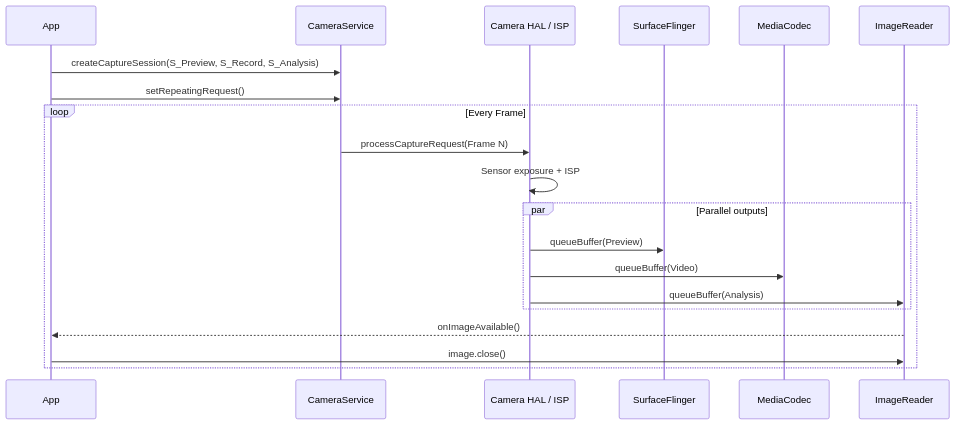
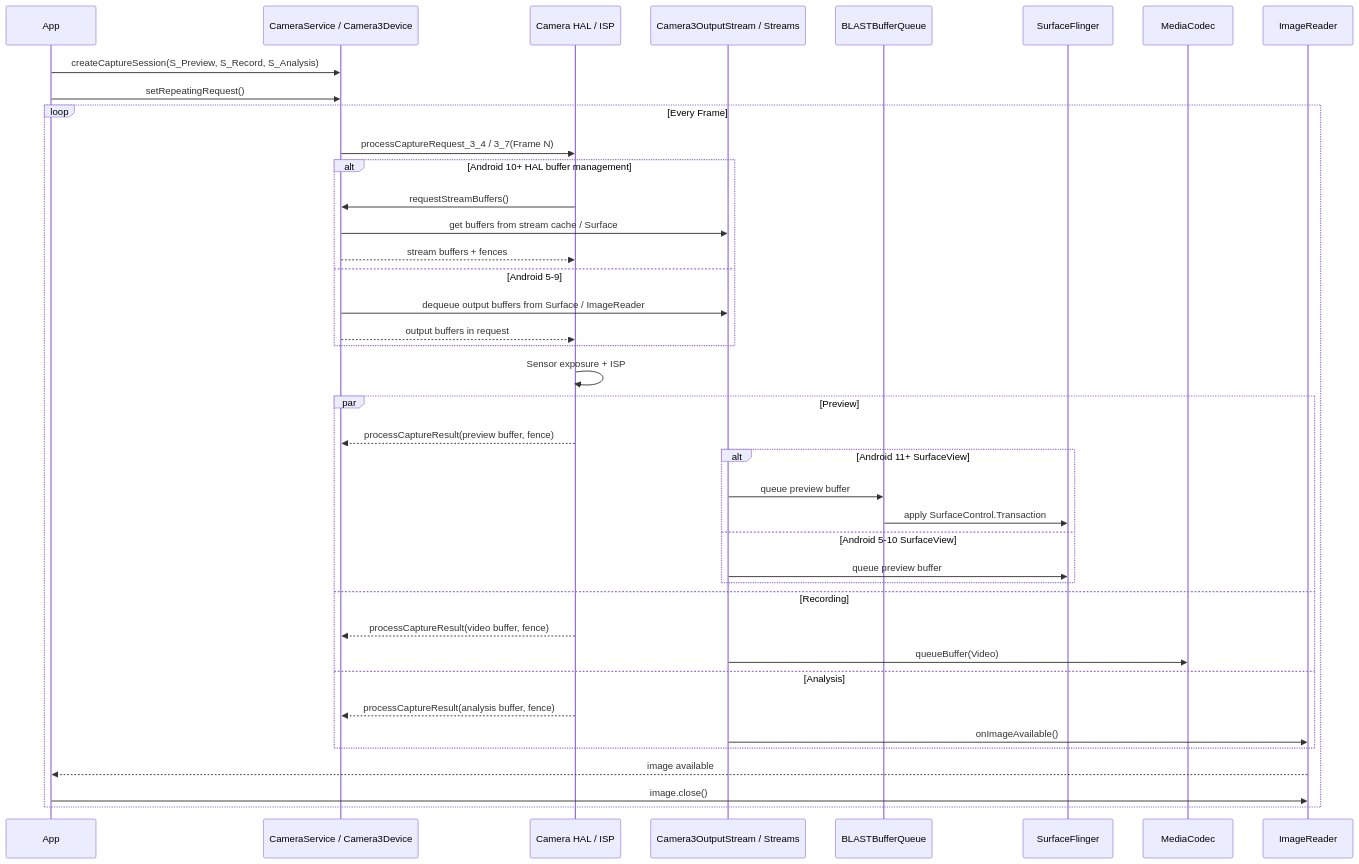
The second of 2 diagrams in src/part2-performance/ch18-rendering-pipelines/14-camera-pipeline.md (Gracker/android-internals-wiki), drawn with Mermaid before and after one commit. The commit also changed other lines of this file and 2 other files, not shown here.

Commit message:
[openclaw] rework: 18.14 Camera 渲染管线 — review 回炉修复

````diff
--- a/src/part2-performance/ch18-rendering-pipelines/14-camera-pipeline.md
+++ b/src/part2-performance/ch18-rendering-pipelines/14-camera-pipeline.md
@@ -90,26 +95,48 @@
 ```mermaid
 sequenceDiagram
     participant App as App
-    participant CS as CameraService
+    participant CS as CameraService / Camera3Device
     participant HAL as Camera HAL / ISP
+    participant FW as Camera3OutputStream / Streams
+    participant BBQ as BLASTBufferQueue
     participant SF as SurfaceFlinger
     participant MC as MediaCodec
     participant AI as ImageReader
 
     App->>CS: createCaptureSession(S_Preview, S_Record, S_Analysis)
     App->>CS: setRepeatingRequest()
 
     loop Every Frame
-        CS->>HAL: processCaptureRequest(Frame N)
+        CS->>HAL: processCaptureRequest_3_4 / 3_7(Frame N)
+
+        alt Android 10+ HAL buffer management
+            HAL->>CS: requestStreamBuffers()
+            CS->>FW: get buffers from stream cache / Surface
+            CS-->>HAL: stream buffers + fences
+        else Android 5-9
+            CS->>FW: dequeue output buffers from Surface / ImageReader
+            CS-->>HAL: output buffers in request
+        end
+
         HAL->>HAL: Sensor exposure + ISP
 
-        par Parallel outputs
-            HAL->>SF: queueBuffer(Preview)
-            HAL->>MC: queueBuffer(Video)
-            HAL->>AI: queueBuffer(Analysis)
+        par Preview
+            HAL-->>CS: processCaptureResult(preview buffer, fence)
+            alt Android 11+ SurfaceView
+                FW->>BBQ: queue preview buffer
+                BBQ->>SF: apply SurfaceControl.Transaction
+            else Android 5-10 SurfaceView
+                FW->>SF: queue preview buffer
+            end
+        and Recording
+            HAL-->>CS: processCaptureResult(video buffer, fence)
+            FW->>MC: queueBuffer(Video)
+        and Analysis
+            HAL-->>CS: processCaptureResult(analysis buffer, fence)
+            FW->>AI: onImageAvailable()
         end
 
-        AI-->>App: onImageAvailable()
+        AI-->>App: image available
         App->>AI: image.close()
     end
 ```
````
